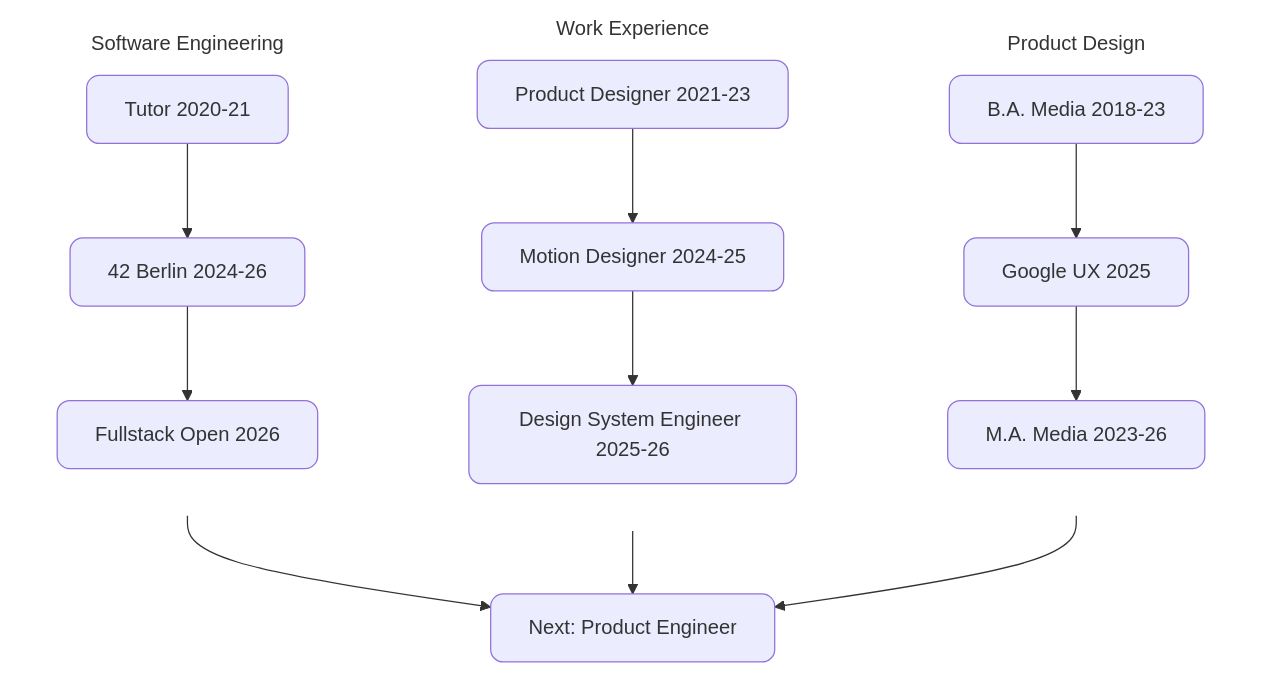
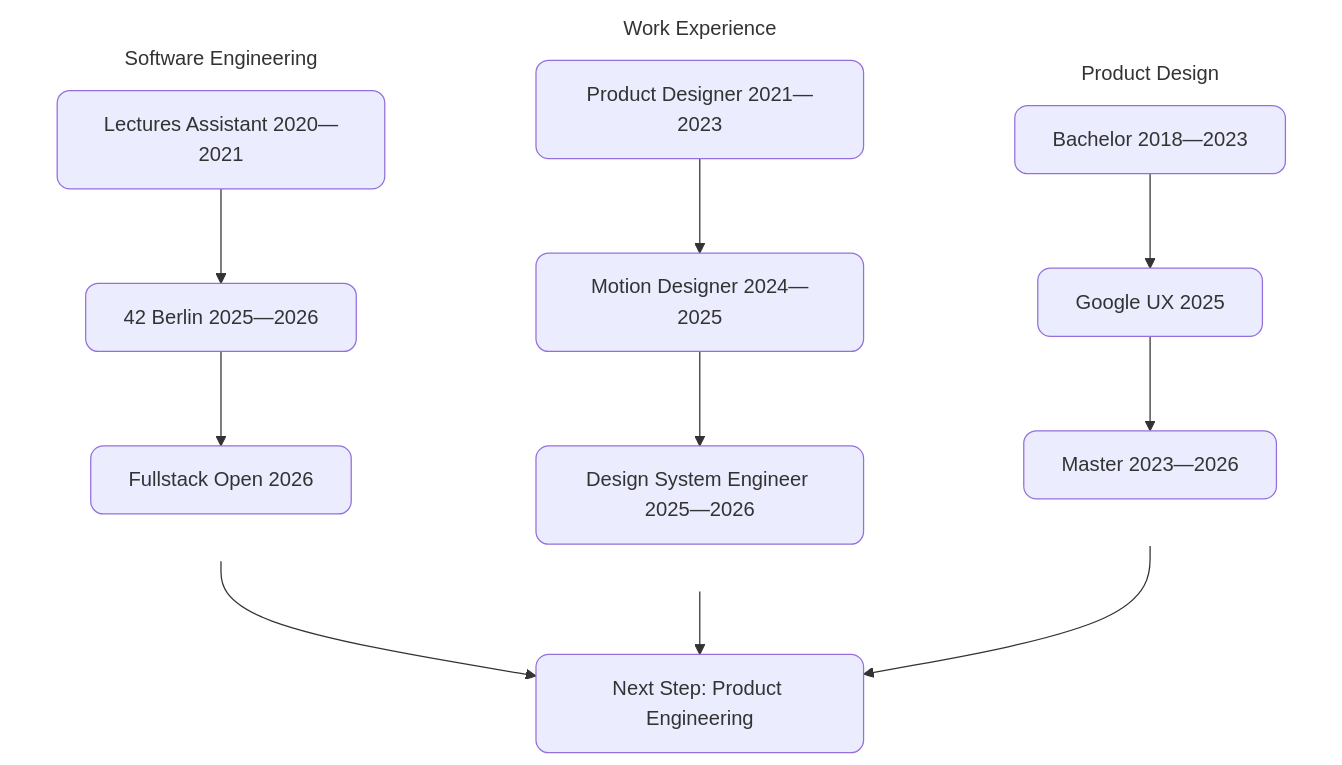
The diagram in README.md (Kopfdreher/Kopfdreher), drawn with Mermaid before and after one commit. The commit also changed other lines of this file, not shown here.

Commit message:
simplify

````diff
--- a/README.md
+++ b/README.md
@@ -31,27 +30,27 @@
 ```mermaid
 graph TD
     classDef card rx:10,ry:10
 
     subgraph EDU [Product Design]
         direction TB
-        E1[B.A. Media 2018-23] --> E2[Google UX 2025] --> E3[M.A. Media 2023-26]
+        E1[Bachelor 2018—2023] --> E2[Google UX 2025] --> E3[Master 2023—2026]
     end
     style EDU fill:none,stroke:none
 
     subgraph JOB [Work Experience]
         direction TB
-        J1[Product Designer 2021-23] --> J2[Motion Designer 2024-25] --> J3[Design System Engineer 2025-26]
+        J1[Product Designer 2021—2023] --> J2[Motion Designer 2024—2025] --> J3[Design System Engineer 2025—2026]
     end
     style JOB fill:none,stroke:none
 
     subgraph SWE [Software Engineering]
         direction TB
-        S1[Tutor 2020-21] --> S2[42 Berlin 2024-26] --> S3[Fullstack Open 2026]
+        S1[Lectures Assistant 2020—2021] --> S2[42 Berlin 2025—2026] --> S3[Fullstack Open 2026]
     end
     style SWE fill:none,stroke:none
 
-    E3 --> JOIN[Next: Product Engineer]
+    E3 --> JOIN[Next Step: Product Engineering]
     J3 --> JOIN
     S3 --> JOIN
     class E1,E2,E3,J1,J2,J3,S1,S2,S3,JOIN card
 ```
````
